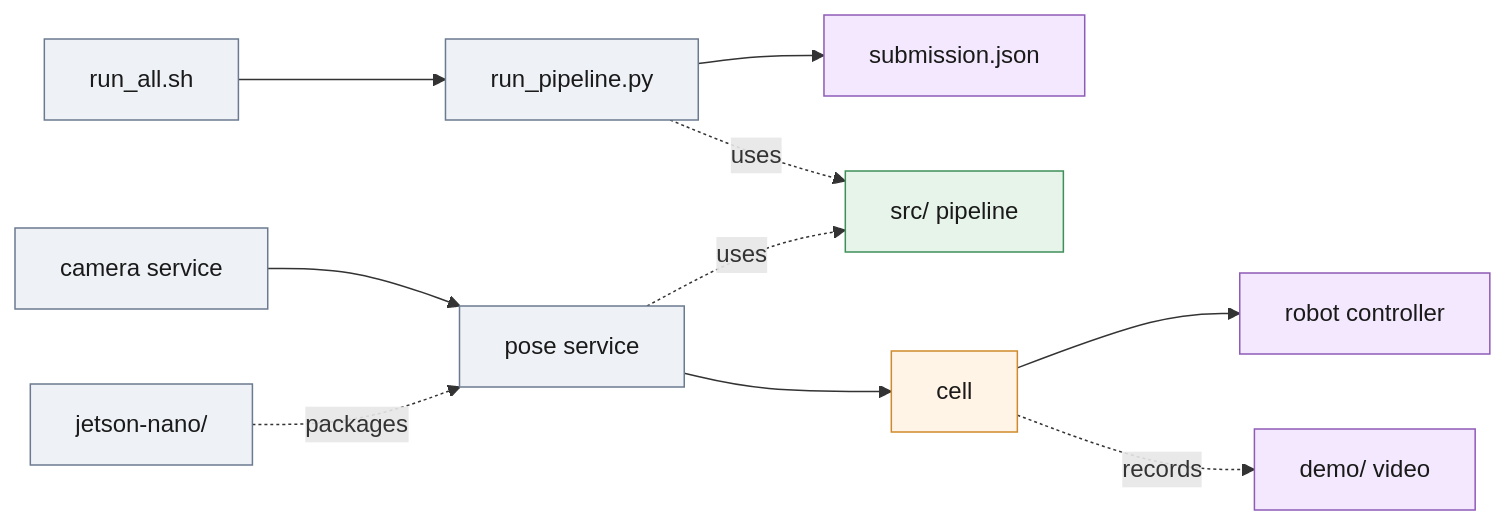
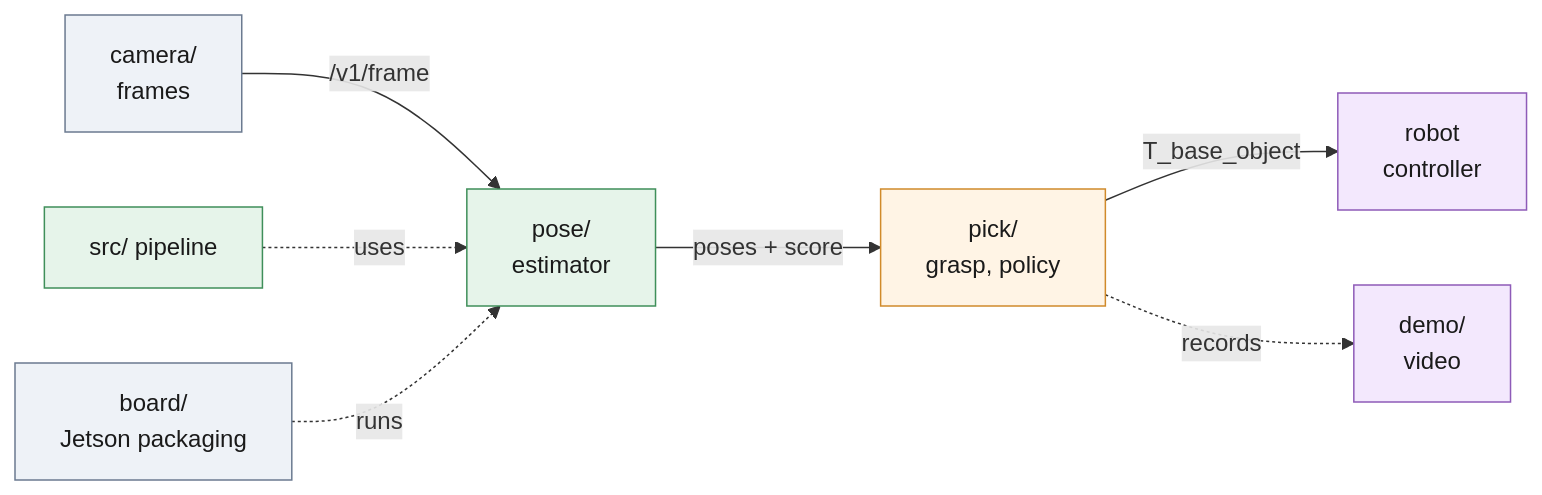
Before and after one commit to vucongboi080804/eureka-pose-estimation: the diagram in deploy/README.md, drawn with Mermaid. The commit also changed other lines of this file and 95 other files, not shown here.

````diff
--- a/deploy/README.md
+++ b/deploy/README.md
@@ -5,14 +9,17 @@
 ```mermaid
 flowchart LR
-    RA[run_all.sh]:::data --> RP[run_pipeline.py]:::data --> SUB[submission.json]:::out
-    RP -. uses .-> SRC[src/ pipeline]:::geom
-    CAM[camera service]:::data --> POSE[pose service]:::data --> CELL[cell]:::check --> ROBOT[robot controller]:::out
-    POSE -. uses .-> SRC
-    JN[jetson-nano/]:::data -. packages .-> POSE
-    CELL -. records .-> DEMO[demo/ video]:::out
-    classDef data fill:#eef2f7,stroke:#6b7a90,color:#1a1a1a
-    classDef learn fill:#e8f0fe,stroke:#4a6fa5,color:#1a1a1a
-    classDef geom fill:#e6f4ea,stroke:#3f8f5a,color:#1a1a1a
-    classDef check fill:#fff4e5,stroke:#d08a2b,color:#1a1a1a
-    classDef out fill:#f3e8fd,stroke:#8e5bb8,color:#1a1a1a
+  CAM["camera/<br/>frames"] -- "/v1/frame" --> POSE["pose/<br/>estimator"]
+  POSE -- "poses + score" --> PICK["pick/<br/>grasp, policy"]
+  PICK -- "T_base_object" --> ROBOT["robot<br/>controller"]
+  SRC["src/ pipeline"] -. "uses" .-> POSE
+  BOARD["board/<br/>Jetson packaging"] -. "runs" .-> POSE
+  PICK -. "records" .-> DEMO["demo/<br/>video"]
+  classDef data fill:#eef2f7,stroke:#6b7a90,color:#1a1a1a
+  classDef geom fill:#e6f4ea,stroke:#3f8f5a,color:#1a1a1a
+  classDef check fill:#fff4e5,stroke:#d08a2b,color:#1a1a1a
+  classDef out fill:#f3e8fd,stroke:#8e5bb8,color:#1a1a1a
+  class CAM,BOARD data
+  class SRC,POSE geom
+  class PICK check
+  class ROBOT,DEMO out
 ```
````
